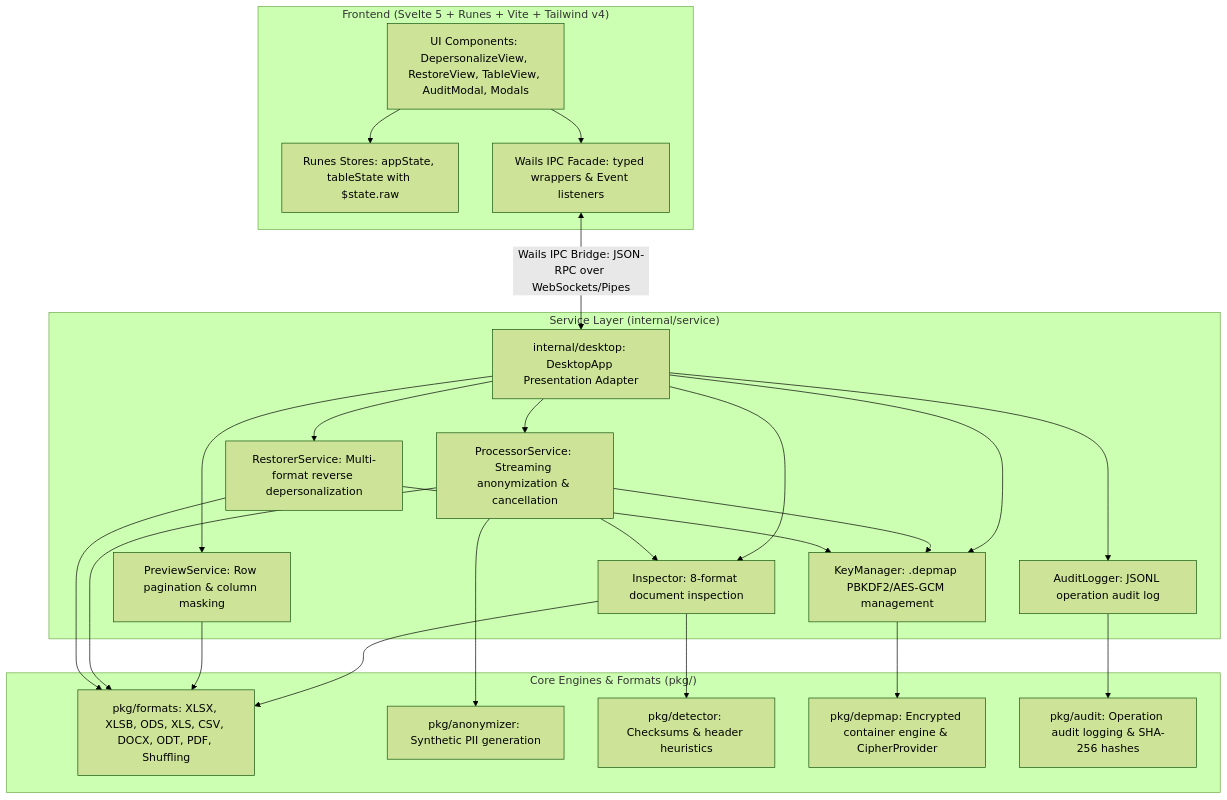
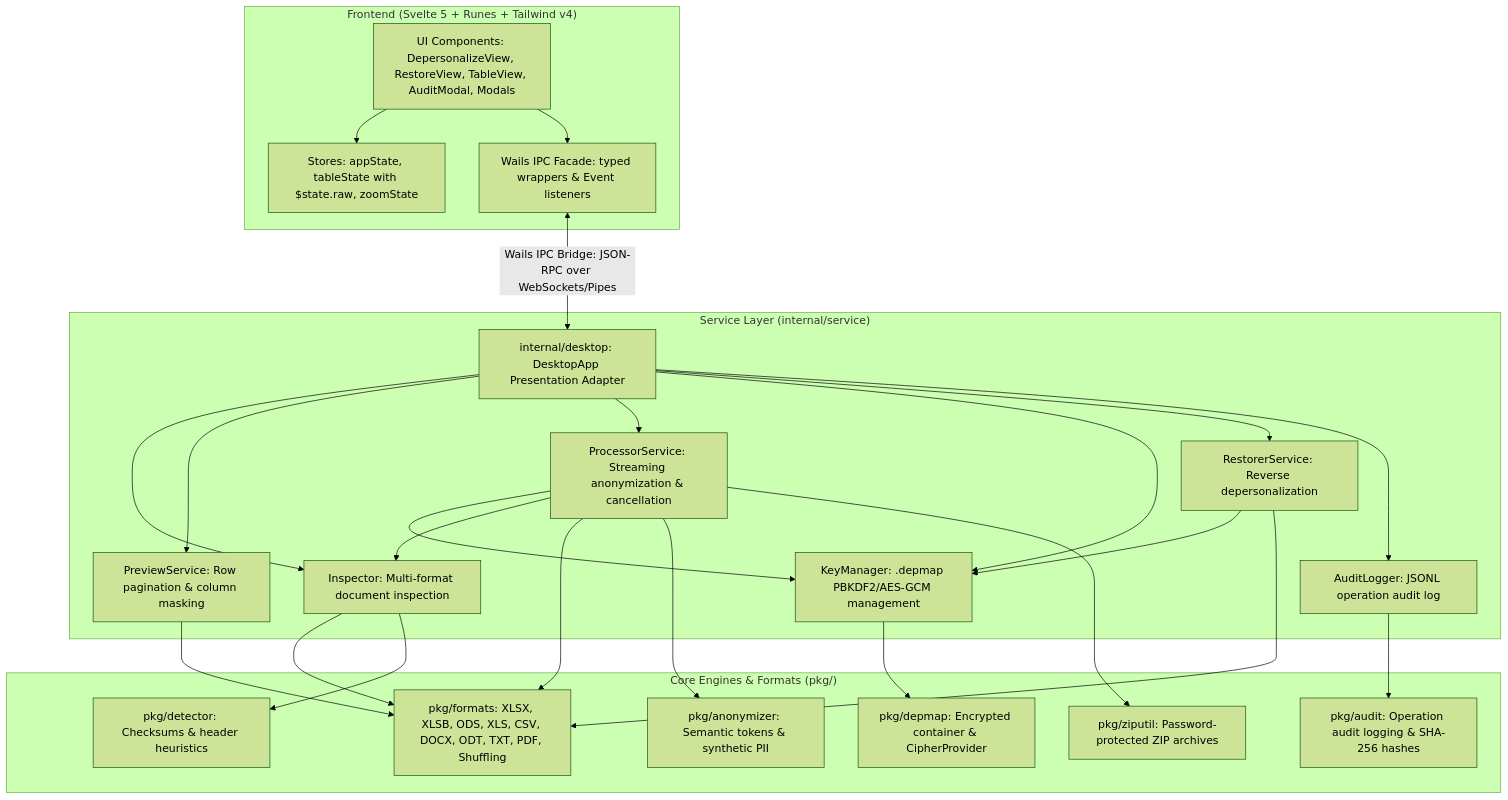
The diagram in docs/ARCHITECTURE.md (Nuteres/depersonalization-service), drawn with Mermaid (forest theme) before and after one commit. The commit also changed other lines of this file and 4 other files, not shown here.

````diff
--- a/docs/ARCHITECTURE.md
+++ b/docs/ARCHITECTURE.md
@@ -11,35 +11,36 @@
 ```mermaid
 graph TD
-    subgraph "Frontend (Svelte 5 + Runes + Vite + Tailwind v4)"
+    subgraph "Frontend (Svelte 5 + Runes + Tailwind v4)"
         UI[UI Components: DepersonalizeView, RestoreView, TableView, AuditModal, Modals]
-        Stores[Runes Stores: appState, tableState with $state.raw]
+        Stores[Stores: appState, tableState with $state.raw, zoomState]
         Facade[Wails IPC Facade: typed wrappers & Event listeners]
         UI --> Stores
         UI --> Facade
     end
 
     Facade <-->|Wails IPC Bridge: JSON-RPC over WebSockets/Pipes| Adapter[internal/desktop: DesktopApp Presentation Adapter]
 
     subgraph "Service Layer (internal/service)"
-        Adapter --> Insp[Inspector: 8-format document inspection]
+        Adapter --> Insp[Inspector: Multi-format document inspection]
         Adapter --> Prev[PreviewService: Row pagination & column masking]
         Adapter --> Proc[ProcessorService: Streaming anonymization & cancellation]
         Adapter --> KM[KeyManager: .depmap PBKDF2/AES-GCM management]
-        Adapter --> Rest[RestorerService: Multi-format reverse depersonalization]
+        Adapter --> Rest[RestorerService: Reverse depersonalization]
         Adapter --> AuditSvc[AuditLogger: JSONL operation audit log]
         Proc --> KM
         Proc --> Insp
         Rest --> KM
     end
 
     subgraph "Core Engines & Formats (pkg/)"
-        Insp --> Formats[pkg/formats: XLSX, XLSB, ODS, XLS, CSV, DOCX, ODT, PDF, Shuffling]
+        Insp --> Formats[pkg/formats: XLSX, XLSB, ODS, XLS, CSV, DOCX, ODT, TXT, PDF, Shuffling]
         Prev --> Formats
         Proc --> Formats
         Rest --> Formats
-        Proc --> Anonymizer[pkg/anonymizer: Synthetic PII generation]
+        Proc --> Anonymizer[pkg/anonymizer: Semantic tokens & synthetic PII]
         Insp --> Detector[pkg/detector: Checksums & header heuristics]
-        KM --> DepMap[pkg/depmap: Encrypted container engine & CipherProvider]
+        KM --> DepMap[pkg/depmap: Encrypted container & CipherProvider]
         AuditSvc --> AuditPkg[pkg/audit: Operation audit logging & SHA-256 hashes]
+        Proc --> ZipUtil[pkg/ziputil: Password-protected ZIP archives]
     end
 ```
````
